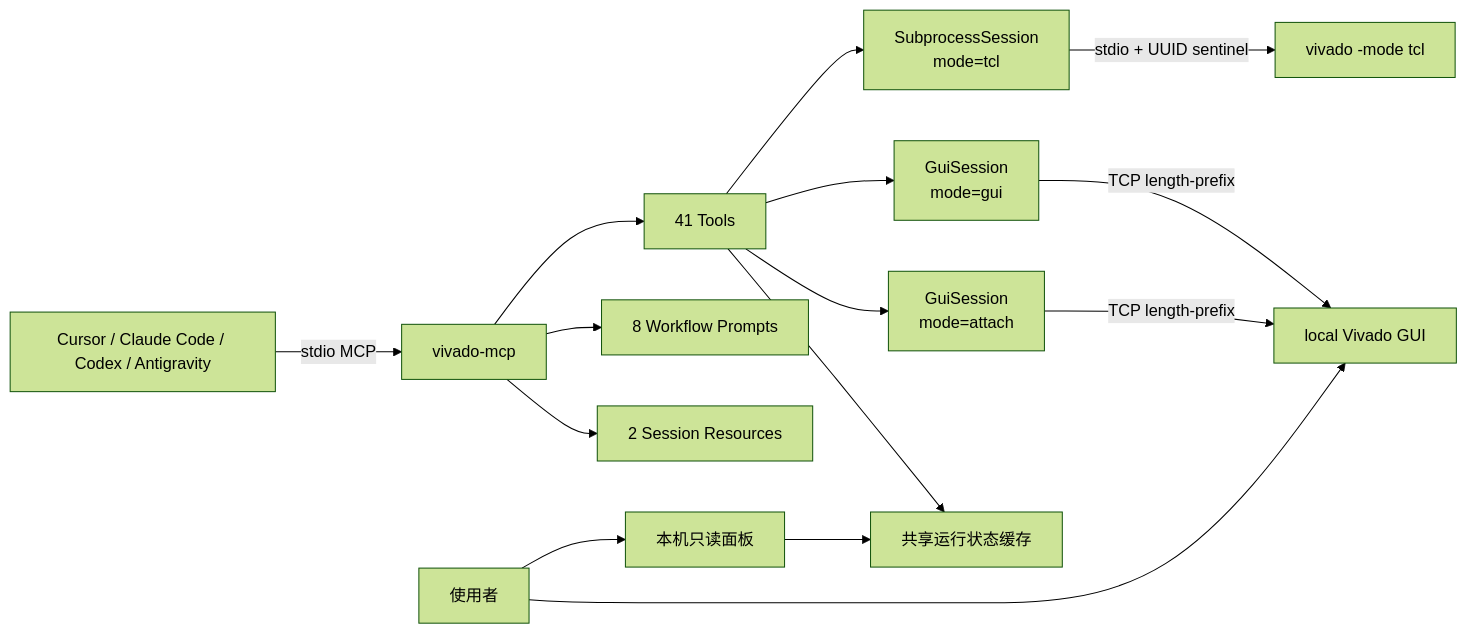
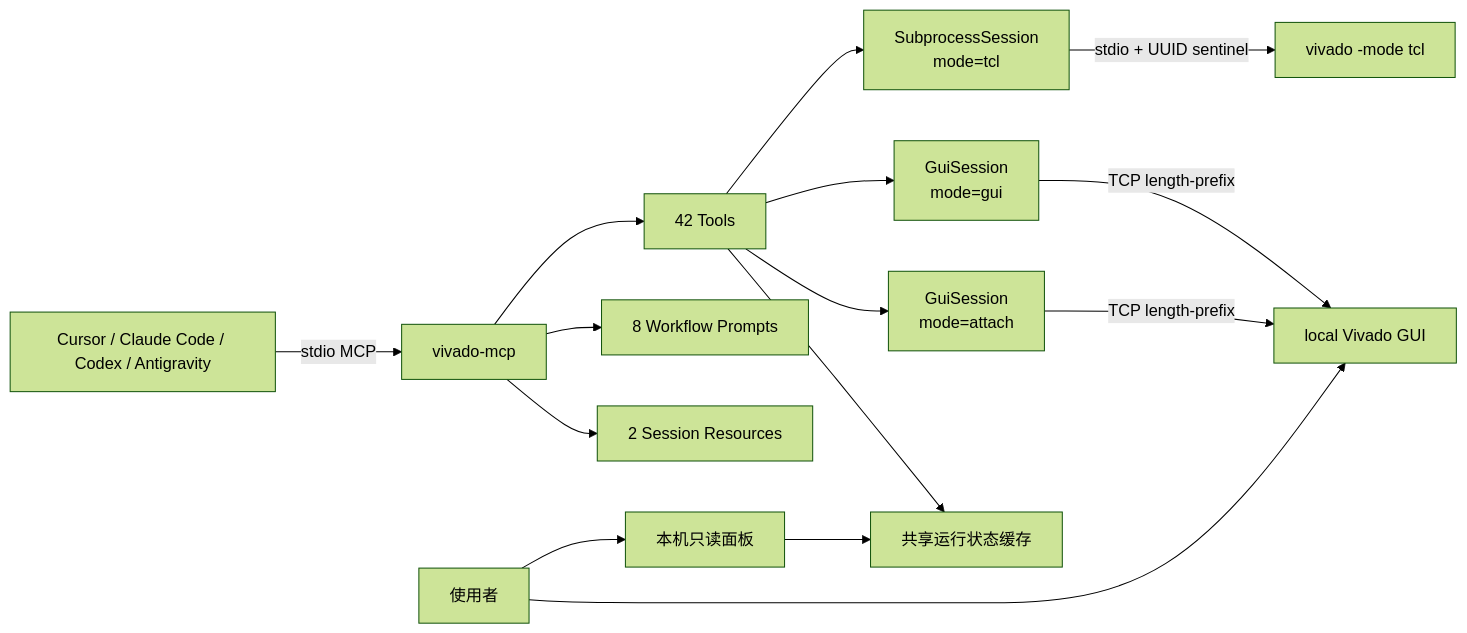
Before and after one commit to otter-fpga-lab/otter-vivado: the diagram in README.md, drawn with Mermaid (forest theme). The commit also changed other lines of this file and 21 other files, not shown here.

````diff
--- a/README.md
+++ b/README.md
@@ -548,17 +556,17 @@
 ```mermaid
 flowchart LR
     Agent["Cursor / Claude Code / Codex / Antigravity"] -->|"stdio MCP"| MCP["vivado-mcp"]
-    MCP --> Tools["41 Tools"]
+    MCP --> Tools["42 Tools"]
     MCP --> Prompts["8 Workflow Prompts"]
     MCP --> Resources["2 Session Resources"]
     Tools --> Tcl["SubprocessSession\nmode=tcl"]
     Tools --> Gui["GuiSession\nmode=gui"]
     Tools --> Attach["GuiSession\nmode=attach"]
     Tcl -->|"stdio + UUID sentinel"| VivadoTcl["vivado -mode tcl"]
     Gui -->|"TCP length-prefix"| VivadoGui["local Vivado GUI"]
     Attach -->|"TCP length-prefix"| VivadoGui
     Tools --> Monitor["共享运行状态缓存"]
     Human["使用者"] --> VivadoGui
     Human --> View["本机只读面板"]
     View --> Monitor
 ```
````
